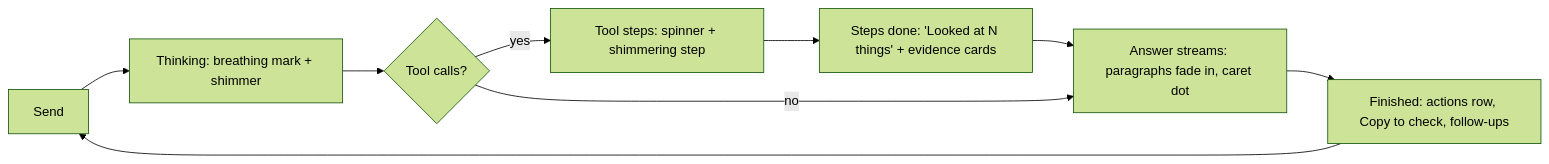
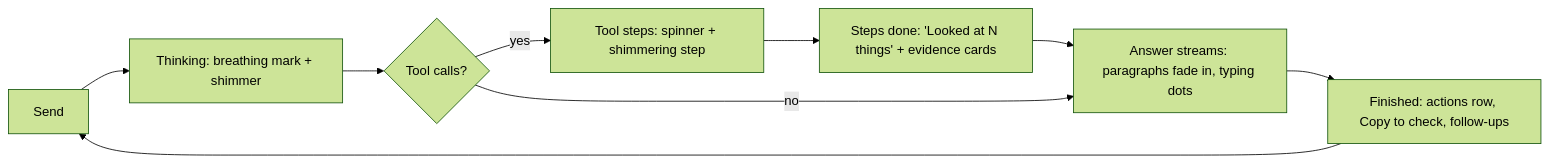
The diagram in docs/features/chat-experience.md (KashyapRayas/pulse-mobile), drawn with Mermaid (forest theme) before and after one commit. The commit also changed other lines of this file and 1 other file, not shown here.

````diff
--- a/docs/features/chat-experience.md
+++ b/docs/features/chat-experience.md
@@ -63,11 +66,11 @@
 ```mermaid
 flowchart LR
   S[Send] --> T[Thinking: breathing mark + shimmer]
   T --> G{Tool calls?}
   G -- yes --> R[Tool steps: spinner + shimmering step]
   R --> D[Steps done: 'Looked at N things' + evidence cards]
   D --> A
-  G -- no --> A[Answer streams: paragraphs fade in, caret dot]
+  G -- no --> A[Answer streams: paragraphs fade in, typing dots]
   A --> F[Finished: actions row, Copy to check, follow-ups]
   F --> S
 ```
````
